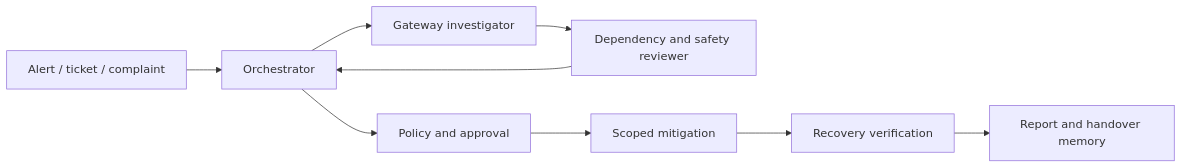
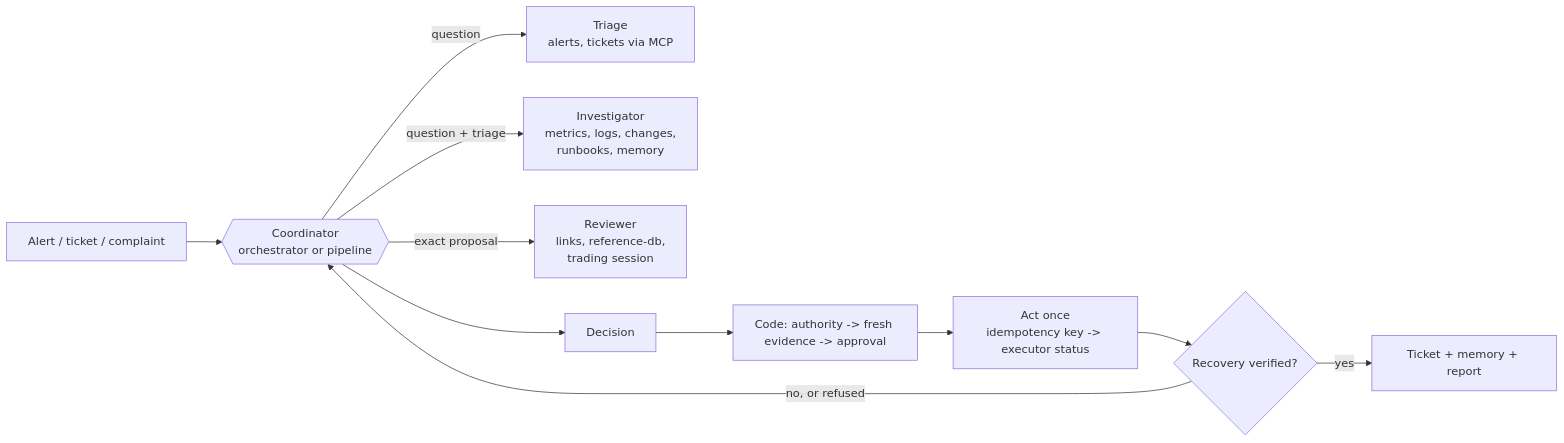
The diagram in docs/PROPOSAL.md (Andre-Faria-9170113/Meridian-Exchange-agentic-incident-response), drawn with Mermaid before and after one commit. The commit also changed other lines of this file and 5 other files, not shown here.

Commit message:
Docs: final README, proposal, architecture, evaluation and demo script

````diff
--- a/docs/PROPOSAL.md
+++ b/docs/PROPOSAL.md
@@ -11,11 +50,13 @@
 ```mermaid
 flowchart LR
-    I[Alert / ticket / complaint] --> O[Orchestrator]
-    O --> G[Gateway investigator]
-    G --> S[Dependency and safety reviewer]
-    S --> O
-    O --> P[Policy and approval]
-    P --> A[Scoped mitigation]
-    A --> V[Recovery verification]
-    V --> R[Report and handover memory]
+    I[Alert / ticket / complaint] --> O{{Coordinator<br/>orchestrator or pipeline}}
+    O -->|question| T[Triage<br/>alerts, tickets via MCP]
+    O -->|question + triage| V[Investigator<br/>metrics, logs, changes,<br/>runbooks, memory]
+    O -->|exact proposal| R[Reviewer<br/>links, reference-db,<br/>trading session]
+    O --> D[Decision]
+    D --> C[Code: authority -> fresh evidence -> approval]
+    C --> X[Act once<br/>idempotency key -> executor status]
+    X --> W{Recovery verified?}
+    W -->|no, or refused| O
+    W -->|yes| K[Ticket + memory + report]
 ```
````
